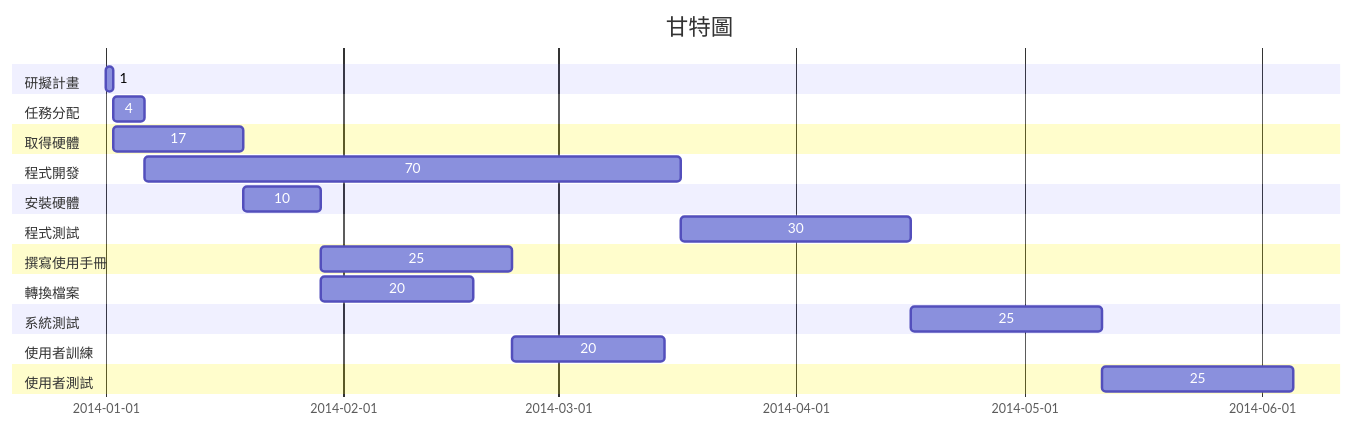
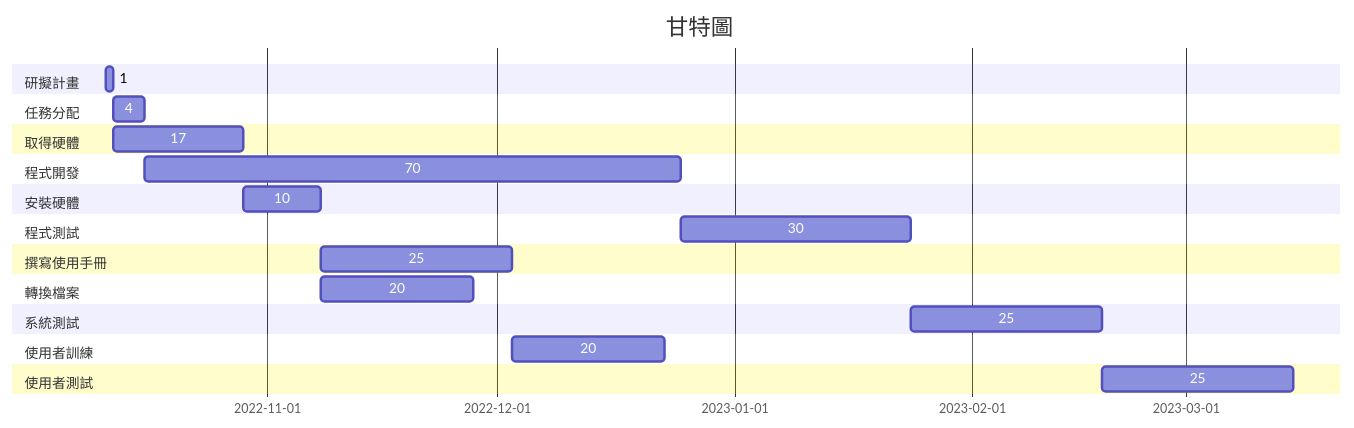
The diagram in hw2.md (c109118243/2022-3b), drawn with Mermaid before and after one commit.

````diff
--- a/hw2.md
+++ b/hw2.md
@@ -11,39 +11,39 @@
 ```mermaid
 gantt
     title 甘特圖
 
     
 
     section 研擬計畫
-    1       :a1, 2014-01-01, 1d
+    1       :a1, 2022-10-11, 1d
    
     section 任務分配
     4       :a2, after a1  , 4d
     
     section 取得硬體
     17      :a3, after a1 , 17d
     
     section 程式開發
     70      :a4, after a2  , 70d
     
     section 安裝硬體
     10      :a5, after a3  , 10d
     
     section 程式測試
     30      :a6, after a4  , 30d
     
     section 撰寫使用手冊
     25      :a7, after a5  , 25d
     
     section 轉換檔案
     20      :a8, after a5  , 20d
     
     section 系統測試
     25      :a9, after a6  , 25d
     
     section 使用者訓練
     20      :a10, after a7  , 20d
     
     section 使用者測試
     25      :a11, after a9  , 25d
 ```
````
